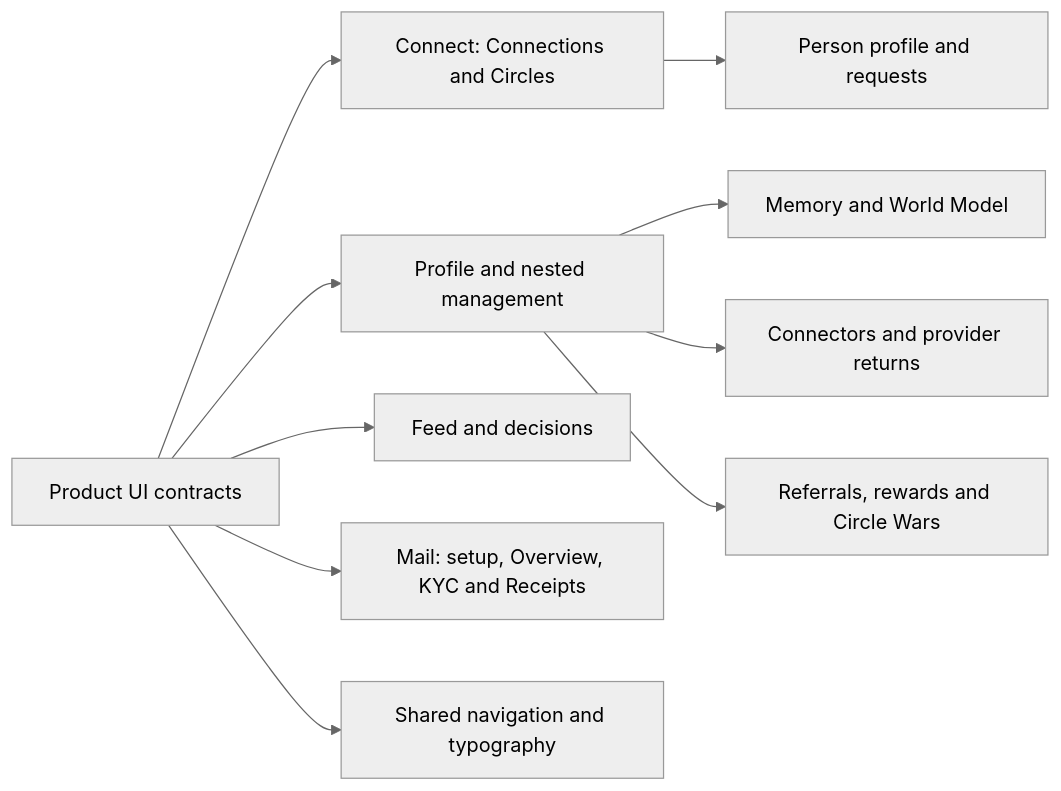
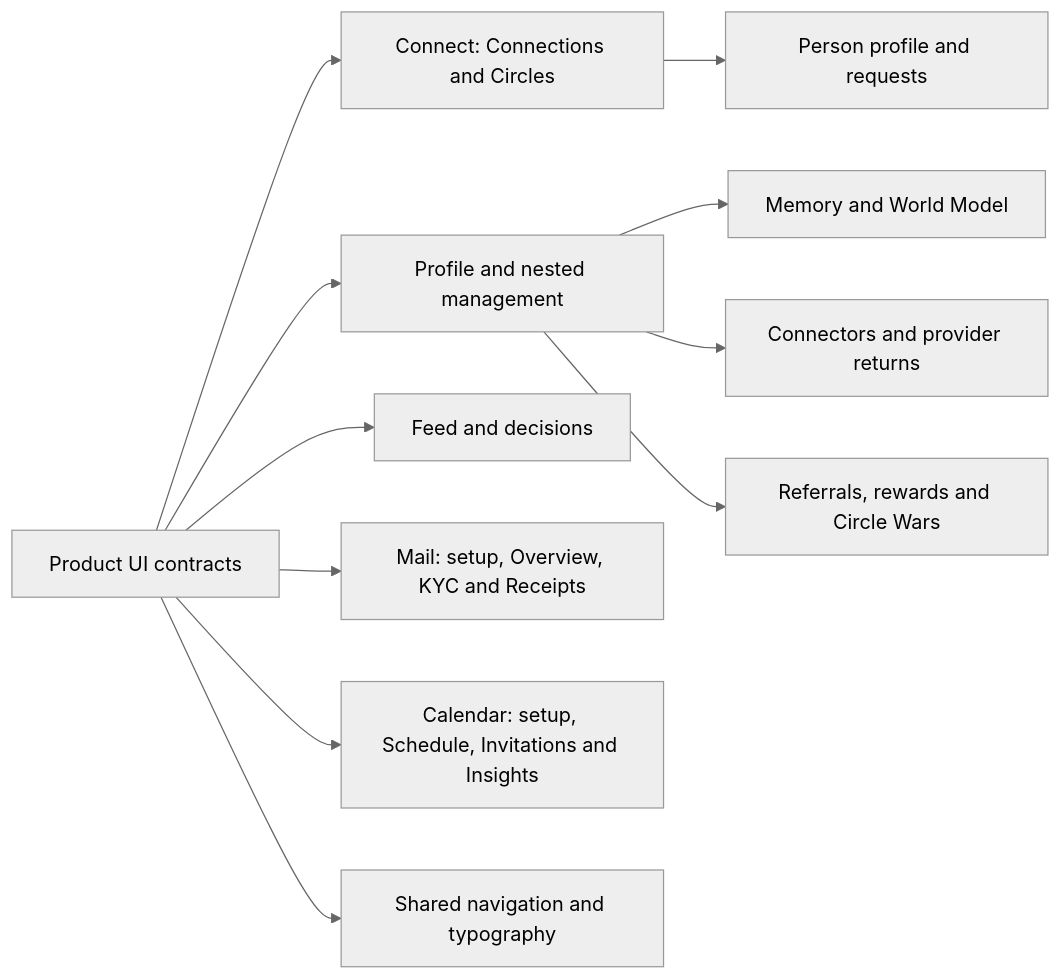
One commit to hushh-labs/hushh-research changed the diagram in hushh-webapp/docs/ui-contracts/README.md. Above: the diagram before and after it, drawn with Mermaid (neutral theme). The commit also changed other lines of this file and 4 other files, not shown here.

````diff
--- a/hushh-webapp/docs/ui-contracts/README.md
+++ b/hushh-webapp/docs/ui-contracts/README.md
@@ -5,12 +5,13 @@
 ```mermaid
 flowchart LR
   index["Product UI contracts"] --> connect["Connect: Connections and Circles"]
   index --> profile["Profile and nested management"]
   index --> feed["Feed and decisions"]
   index --> mail["Mail: setup, Overview, KYC and Receipts"]
+  index --> calendar["Calendar: setup, Schedule, Invitations and Insights"]
   index --> nav["Shared navigation and typography"]
   connect --> person["Person profile and requests"]
   profile --> memory["Memory and World Model"]
   profile --> connectors["Connectors and provider returns"]
   profile --> referrals["Referrals, rewards and Circle Wars"]
 ```
````
